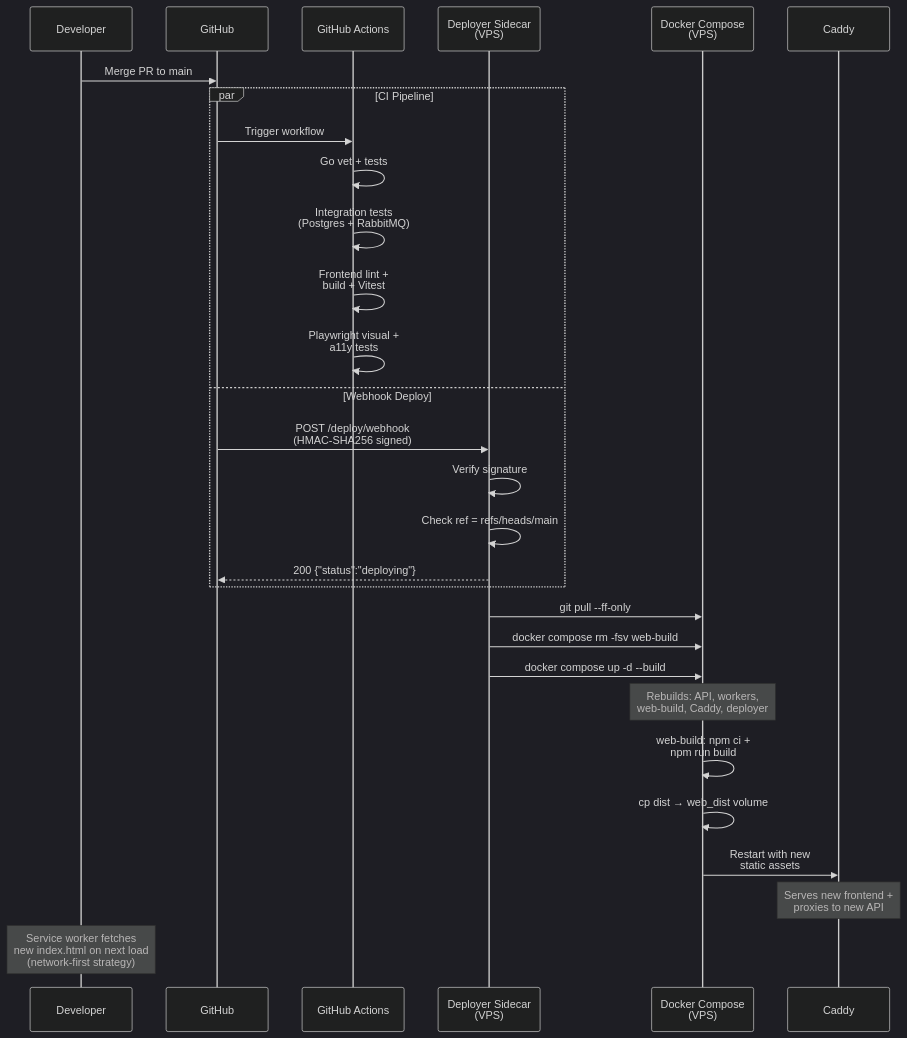
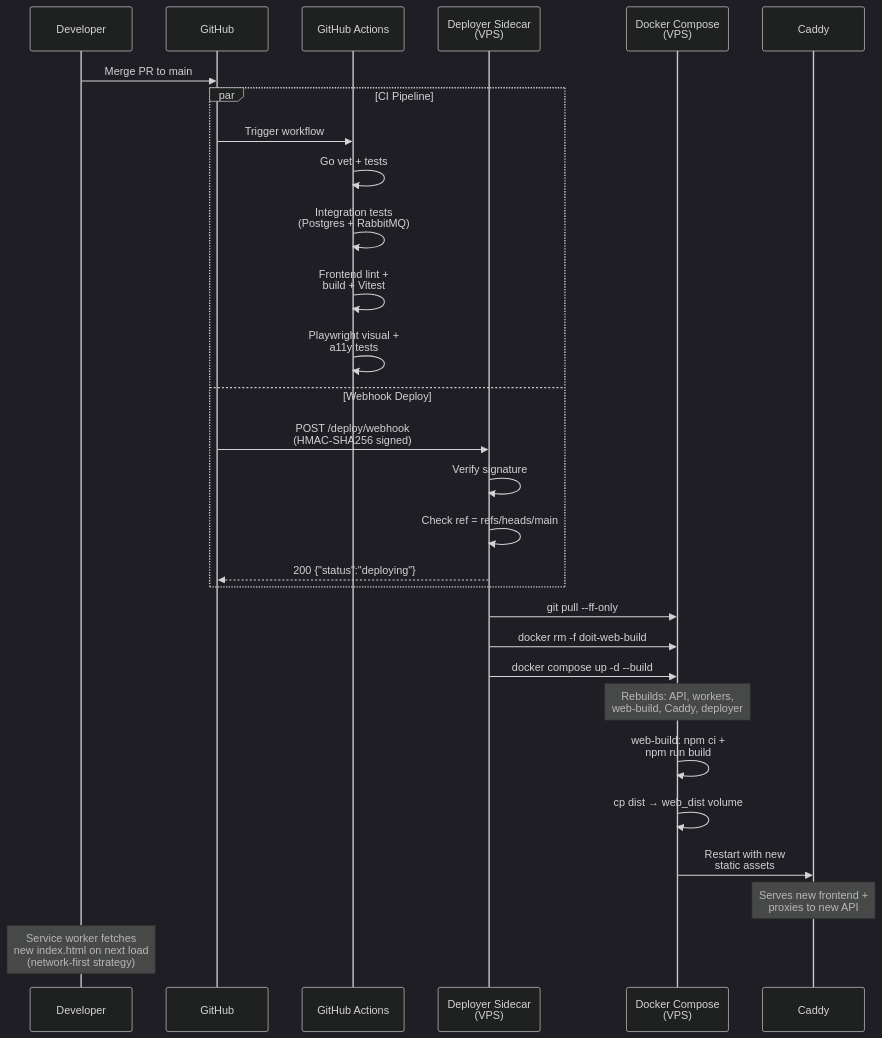
Before and after one commit to vasi1796/doit: the second of 3 diagrams in docs/diagrams/006-system-overview.md, drawn with Mermaid (dark theme). The commit also changed other lines of this file and 3 other files, not shown here.

````diff
--- a/docs/diagrams/006-system-overview.md
+++ b/docs/diagrams/006-system-overview.md
@@ -72,38 +80,38 @@
 ```mermaid
 sequenceDiagram
     participant Dev as Developer
     participant GH as GitHub
     participant CI as GitHub Actions
     participant WH as Deployer Sidecar<br/>(VPS)
     participant DC as Docker Compose<br/>(VPS)
     participant Caddy as Caddy
 
     Dev->>GH: Merge PR to main
 
     par CI Pipeline
         GH->>CI: Trigger workflow
         CI->>CI: Go vet + tests
         CI->>CI: Integration tests<br/>(Postgres + RabbitMQ)
         CI->>CI: Frontend lint +<br/>build + Vitest
         CI->>CI: Playwright visual +<br/>a11y tests
     and Webhook Deploy
         GH->>WH: POST /deploy/webhook<br/>(HMAC-SHA256 signed)
         WH->>WH: Verify signature
         WH->>WH: Check ref = refs/heads/main
         WH-->>GH: 200 {"status":"deploying"}
     end
 
     WH->>DC: git pull --ff-only
-    WH->>DC: docker compose rm -fsv web-build
+    WH->>DC: docker rm -f doit-web-build
     WH->>DC: docker compose up -d --build
 
     Note over DC: Rebuilds: API, workers,<br/>web-build, Caddy, deployer
 
     DC->>DC: web-build: npm ci +<br/>npm run build
     DC->>DC: cp dist → web_dist volume
     DC->>Caddy: Restart with new<br/>static assets
 
     Note over Caddy: Serves new frontend +<br/>proxies to new API
 
     Note over Dev: Service worker fetches<br/>new index.html on next load<br/>(network-first strategy)
 ```
````
